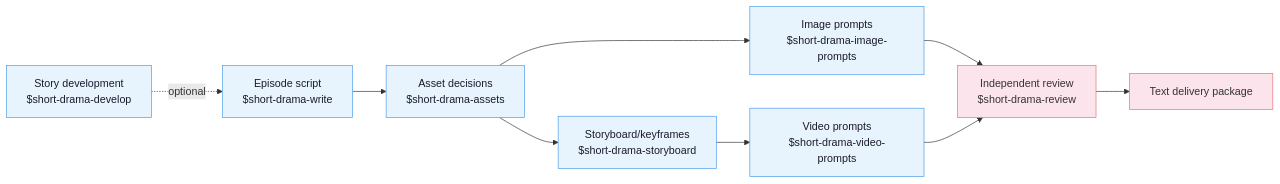
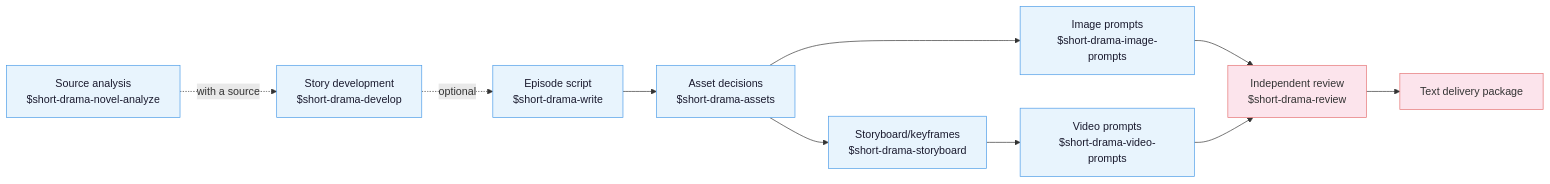
The diagram in README_EN.md (fxbin/drama-skills), drawn with Mermaid before and after one commit. The commit also changed other lines of this file and 29 other files, not shown here.

First line of the commit message:
新增 $short-drama-novel-analyze：长篇原著分析

````diff
--- a/README_EN.md
+++ b/README_EN.md
@@ -111,20 +114,22 @@
 ```mermaid
 flowchart LR
     classDef phase fill:#e8f4fd,color:#1a1a2e,stroke:#4a9be8,stroke-width:1px
     classDef final fill:#fce4ec,color:#333,stroke:#e57373,stroke-width:1px
 
+    nva["Source analysis<br/>$short-drama-novel-analyze"]:::phase
     dev["Story development<br/>$short-drama-develop"]:::phase
     write["Episode script<br/>$short-drama-write"]:::phase
     assets["Asset decisions<br/>$short-drama-assets"]:::phase
     img["Image prompts<br/>$short-drama-image-prompts"]:::phase
     sb["Storyboard/keyframes<br/>$short-drama-storyboard"]:::phase
     vid["Video prompts<br/>$short-drama-video-prompts"]:::phase
     rev["Independent review<br/>$short-drama-review"]:::final
     pkg["Text delivery package"]:::final
 
+    nva -.with a source.-> dev
     dev -.optional.-> write --> assets
     assets --> img
     assets --> sb --> vid
     img --> rev
     vid --> rev --> pkg
 ```
````
